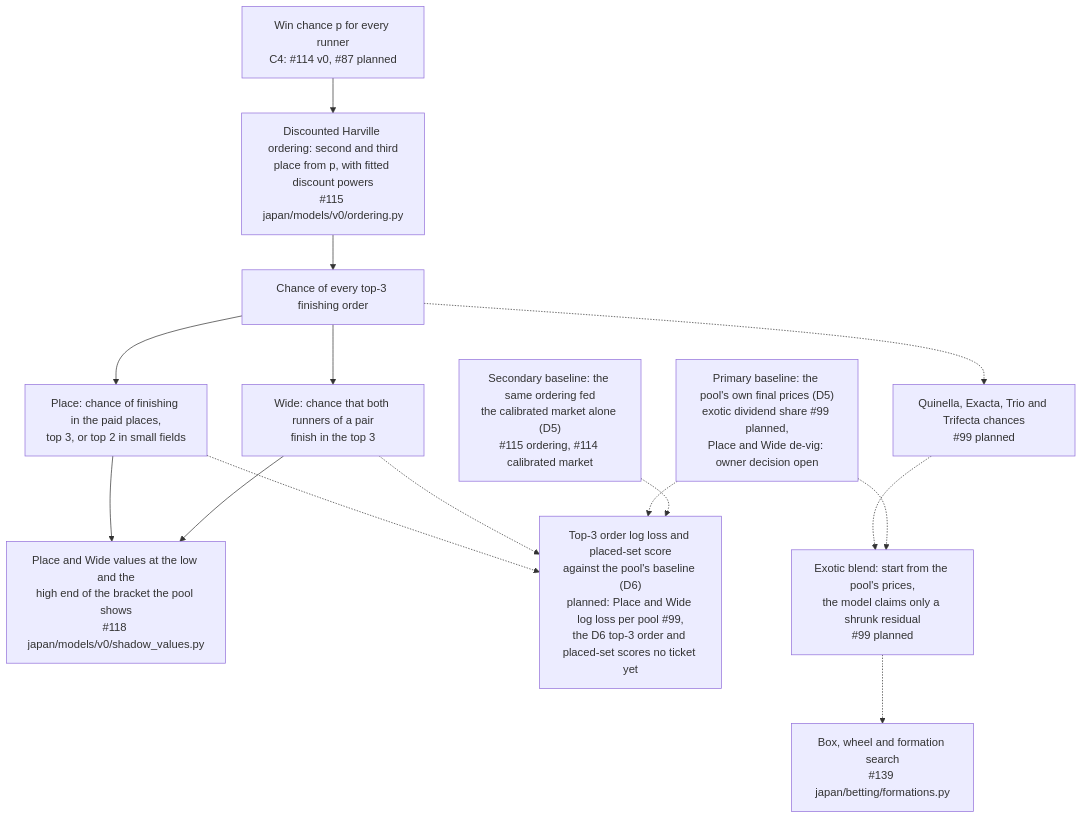
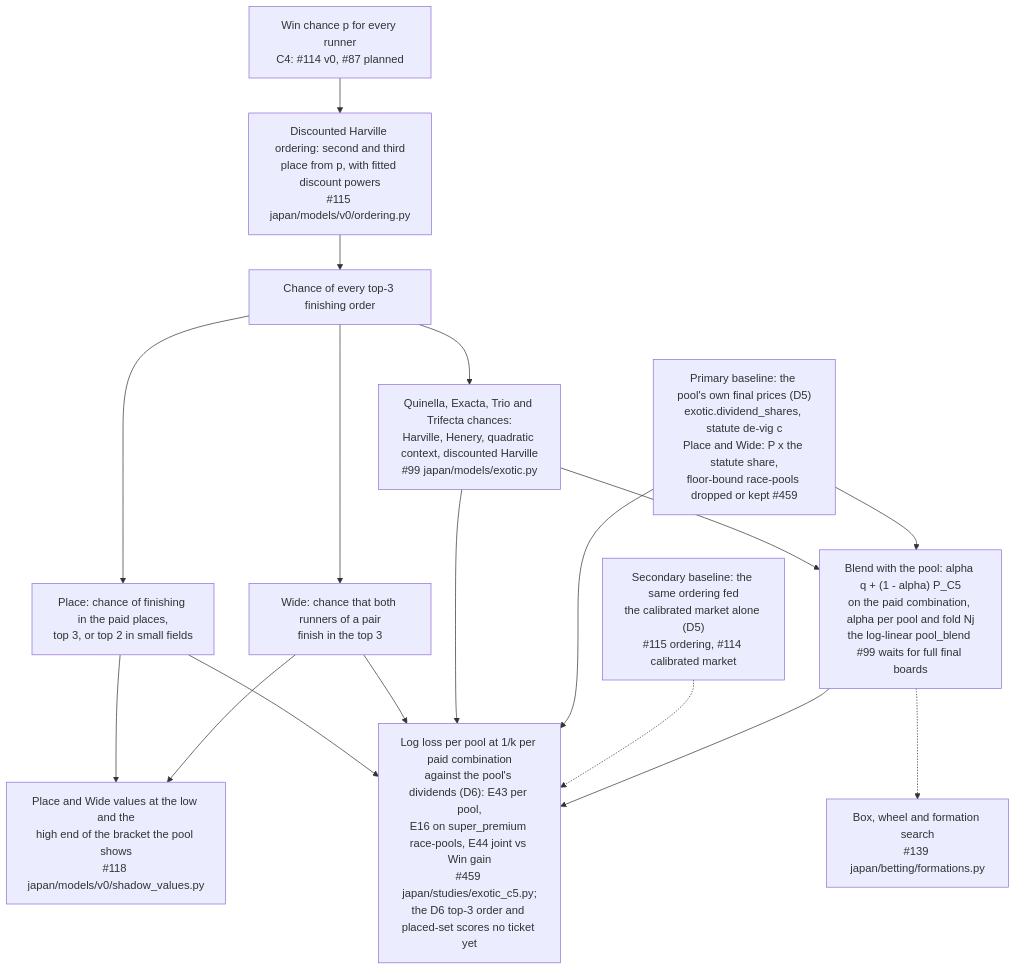
The fourth of 6 diagrams in docs/modeling.md (rjeskuri/HorseTrackBetting), drawn with Mermaid before and after one commit. The commit also changed other lines of this file and 1 other file, not shown here.

Commit message:
Draw C5's dividend run in modeling.md and the model card (#459)
The C0-C6 stack and diagram 4 showed C5 and its pool baseline as planned
with the Place/Wide de-vig open. They now name models/exotic.py's four
orderings, the statute dividend baseline (P x share for Place and Wide,
floor-bound race-pools dropped or kept), the per-pool log loss of E43,
E16 and E44, and the linear blend with alpha per fold. The Japan model
card gets a C5 entry describing the layer and #459's run.

Passed: uv run pytest -q tests/countries/japan/test_nowcast_place_withheld.py
tests/countries/japan/test_data_coverage.py
tests/countries/japan/handicap/test_workouts.py tests/test_public_tree.py
(99 passed).

````diff
--- a/docs/modeling.md
+++ b/docs/modeling.md
@@ -187,29 +187,31 @@
 ```mermaid
 flowchart TD
     WIN["Win chance p for every runner<br/>C4: #114 v0, #87 planned"]
     ORD["Discounted Harville ordering: second and third<br/>place from p, with fitted discount powers<br/>#115 japan/models/v0/ordering.py"]
     TOP3["Chance of every top-3 finishing order"]
     PLACE["Place: chance of finishing in the paid places,<br/>top 3, or top 2 in small fields"]
     WIDE["Wide: chance that both runners of a pair<br/>finish in the top 3"]
-    EXO["Quinella, Exacta, Trio and Trifecta chances<br/>#99 planned"]
+    EXO["Quinella, Exacta, Trio and Trifecta chances:<br/>Harville, Henery, quadratic context, discounted Harville<br/>#99 japan/models/exotic.py"]
     BRK["Place and Wide values at the low and the<br/>high end of the bracket the pool shows<br/>#118 japan/models/v0/shadow_values.py"]
-    POOL["Primary baseline: the pool's own final prices (D5)<br/>exotic dividend share #99 planned,<br/>Place and Wide de-vig: owner decision open"]
+    POOL["Primary baseline: the pool's own final prices (D5)<br/>exotic.dividend_shares, statute de-vig #99;<br/>Place and Wide: P x the statute share,<br/>floor-bound race-pools dropped or kept #459"]
     DERIV["Secondary baseline: the same ordering fed<br/>the calibrated market alone (D5)<br/>#115 ordering, #114 calibrated market"]
-    SCORE["Top-3 order log loss and placed-set score<br/>against the pool's baseline (D6)<br/>planned: Place and Wide log loss per pool #99,<br/>the D6 top-3 order and placed-set scores no ticket yet"]
-    BLEND["Exotic blend: start from the pool's prices,<br/>the model claims only a shrunk residual<br/>#99 planned"]
+    SCORE["Log loss per pool at 1/k per paid combination<br/>against the pool's dividends (D6): E43 per pool,<br/>E16 on super_premium race-pools, E44 joint vs Win gain<br/>#459 japan/studies/exotic_c5.py;<br/>the D6 top-3 order and placed-set scores no ticket yet"]
+    BLEND["Blend with the pool: alpha q + (1 - alpha) P_C5<br/>on the paid combination, alpha per pool and fold #459;<br/>the log-linear pool_blend #99 waits for full final boards"]
     FORM["Box, wheel and formation search<br/>#139 japan/betting/formations.py"]
     WIN --> ORD
     ORD --> TOP3
     TOP3 --> PLACE
     TOP3 --> WIDE
-    TOP3 -.-> EXO
+    TOP3 --> EXO
     PLACE --> BRK
     WIDE --> BRK
-    PLACE -.-> SCORE
-    WIDE -.-> SCORE
-    POOL -.-> SCORE
+    PLACE --> SCORE
+    WIDE --> SCORE
+    EXO --> SCORE
+    POOL --> SCORE
     DERIV -.-> SCORE
-    EXO -.-> BLEND
-    POOL -.-> BLEND
+    EXO --> BLEND
+    POOL --> BLEND
+    BLEND --> SCORE
     BLEND -.-> FORM
 ```
````
